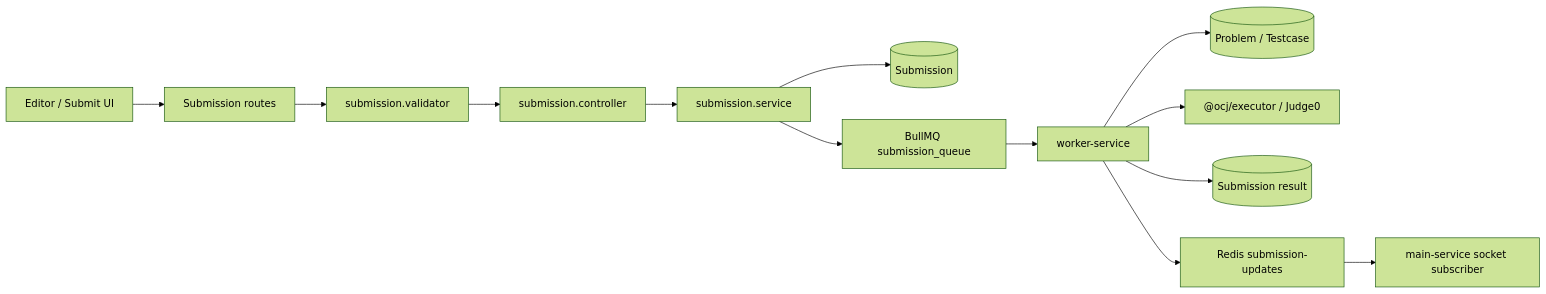
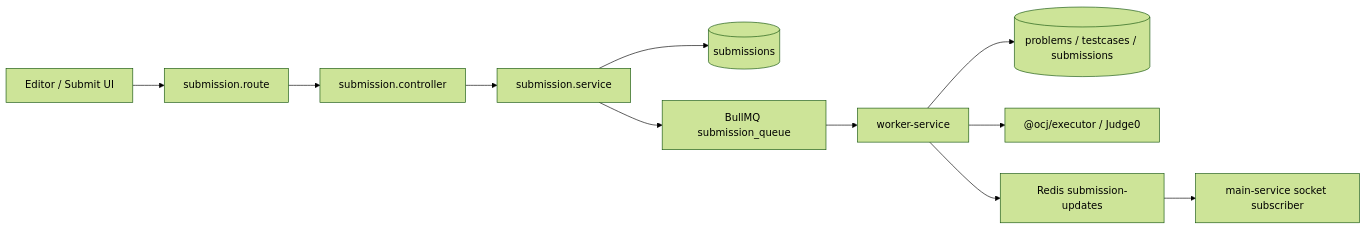
Before and after one commit to JamesHarrision/fessior-oj-backend: the third of 8 diagrams in docs/feature-flows.md, drawn with Mermaid (forest theme). The commit also changed other lines of this file and 15 other files, not shown here.

Commit message:
docs: document simplified mysql architecture

````diff
--- a/docs/feature-flows.md
+++ b/docs/feature-flows.md
@@ -80,15 +56,13 @@
 ```mermaid
 flowchart LR
-  FE[Editor / Submit UI] --> API[Submission routes]
-  API --> Validator[submission.validator]
-  Validator --> Controller[submission.controller]
+  FE[Editor / Submit UI] --> API[submission.route]
+  API --> Controller[submission.controller]
   Controller --> Service[submission.service]
-  Service --> Mongo[(Submission)]
+  Service --> MySQL[(submissions)]
   Service --> Queue[BullMQ submission_queue]
   Queue --> Worker[worker-service]
-  Worker --> MongoProblem[(Problem / Testcase)]
+  Worker --> MySQL2[(problems / testcases / submissions)]
   Worker --> Executor["@ocj/executor / Judge0"]
-  Worker --> MongoResult[(Submission result)]
   Worker --> PubSub[Redis submission-updates]
   PubSub --> Socket[main-service socket subscriber]
 ```
````
